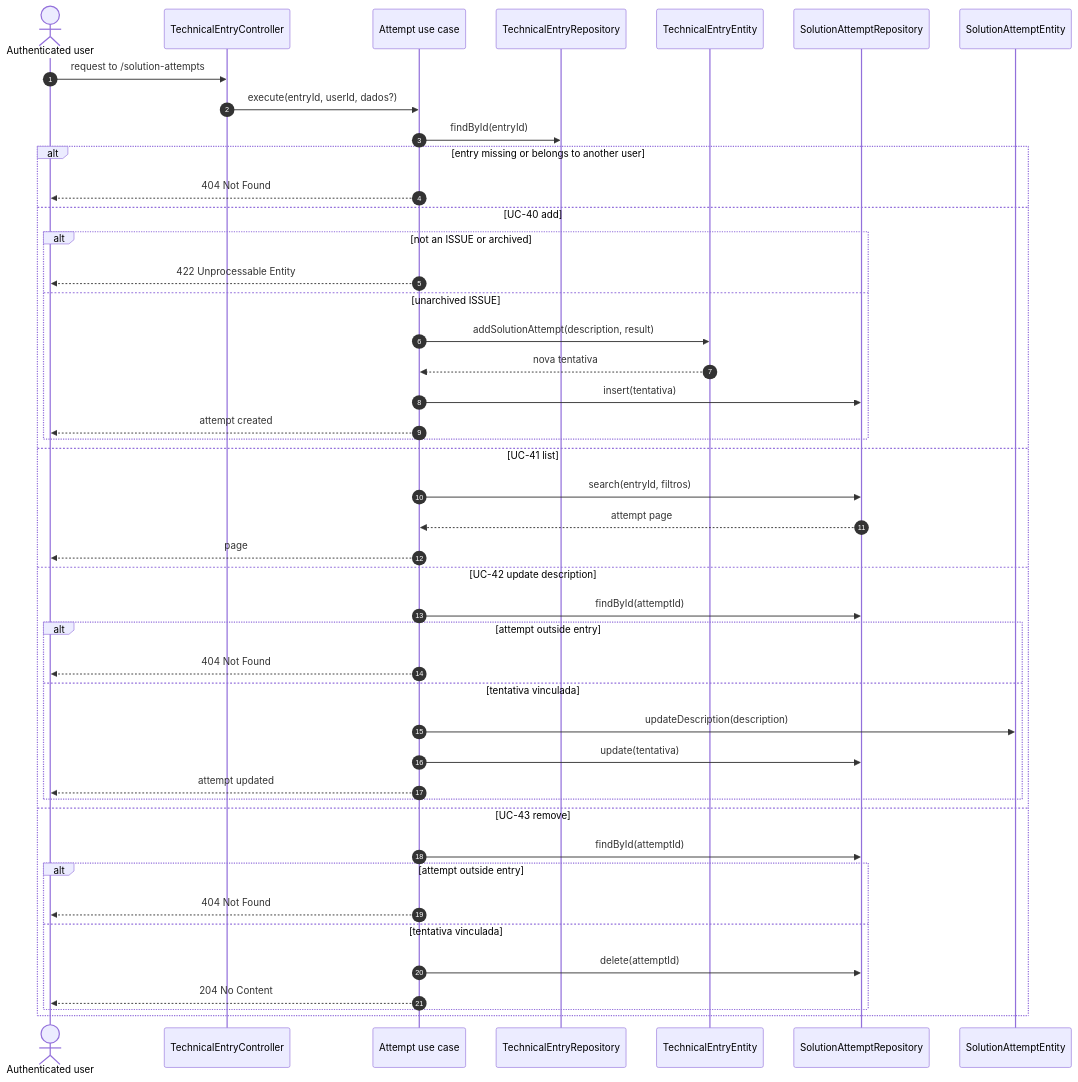
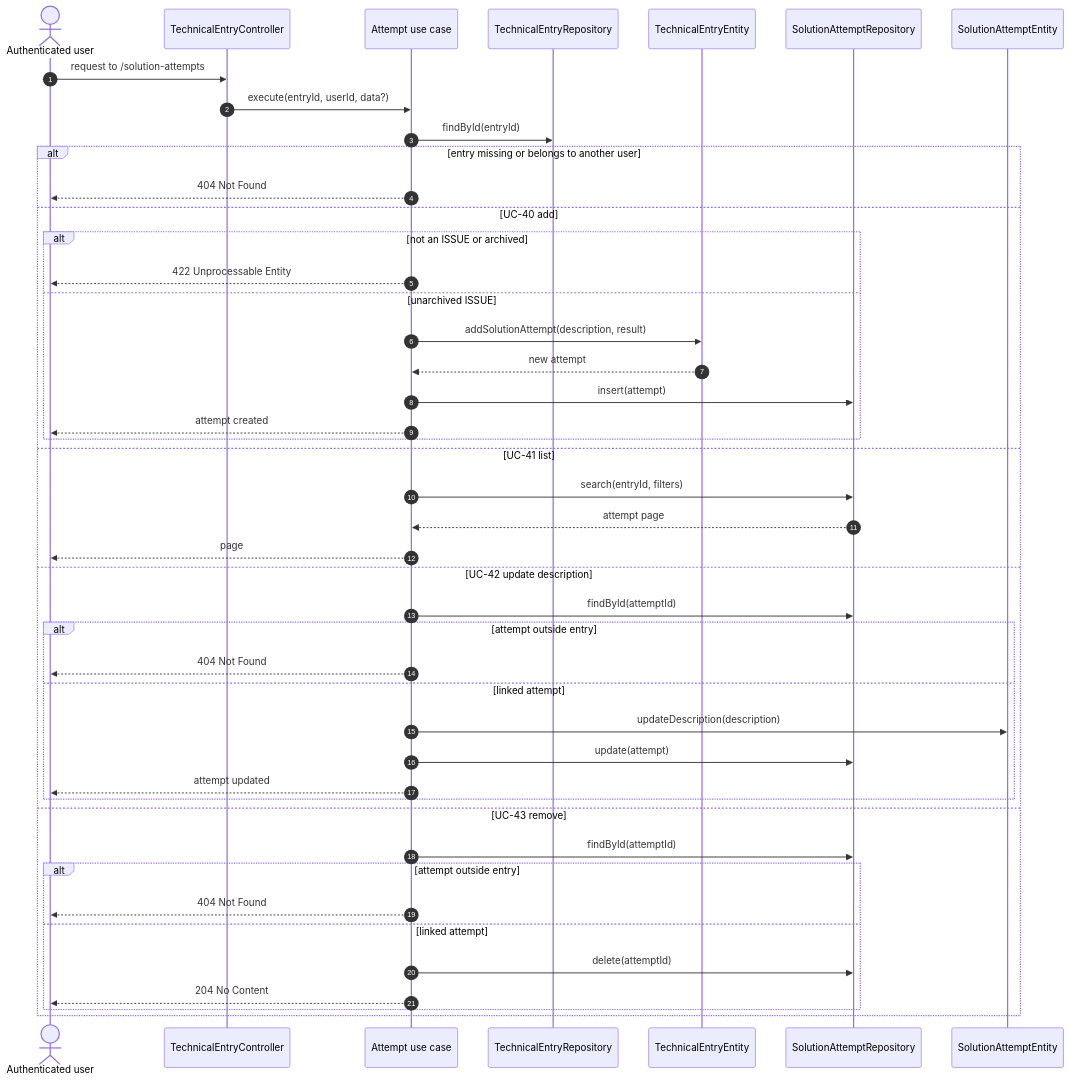
One commit to Lucalopezz/DevLog changed the sixth of 6 diagrams in docs/diagrams/sequences/technical-entries.md. Above: the diagram before and after it, drawn with Mermaid. The commit also changed other lines of this file and 68 other files, not shown here.

````diff
--- a/docs/diagrams/sequences/technical-entries.md
+++ b/docs/diagrams/sequences/technical-entries.md
@@ -195,48 +195,48 @@
 ```mermaid
 sequenceDiagram
     autonumber
     actor UserActor as Authenticated user
     participant C as TechnicalEntryController
     participant UC as Attempt use case
     participant ERepo as TechnicalEntryRepository
     participant Entry as TechnicalEntryEntity
     participant ARepo as SolutionAttemptRepository
     participant Attempt as SolutionAttemptEntity
 
     UserActor->>C: request to /solution-attempts
-    C->>UC: execute(entryId, userId, dados?)
+    C->>UC: execute(entryId, userId, data?)
     UC->>ERepo: findById(entryId)
     alt entry missing or belongs to another user
         UC-->>UserActor: 404 Not Found
     else UC-40 add
         alt not an ISSUE or archived
             UC-->>UserActor: 422 Unprocessable Entity
         else unarchived ISSUE
             UC->>Entry: addSolutionAttempt(description, result)
-            Entry-->>UC: nova tentativa
-            UC->>ARepo: insert(tentativa)
+            Entry-->>UC: new attempt
+            UC->>ARepo: insert(attempt)
             UC-->>UserActor: attempt created
         end
     else UC-41 list
-        UC->>ARepo: search(entryId, filtros)
+        UC->>ARepo: search(entryId, filters)
         ARepo-->>UC: attempt page
         UC-->>UserActor: page
     else UC-42 update description
         UC->>ARepo: findById(attemptId)
         alt attempt outside entry
             UC-->>UserActor: 404 Not Found
-        else tentativa vinculada
+        else linked attempt
             UC->>Attempt: updateDescription(description)
-            UC->>ARepo: update(tentativa)
+            UC->>ARepo: update(attempt)
             UC-->>UserActor: attempt updated
         end
     else UC-43 remove
         UC->>ARepo: findById(attemptId)
         alt attempt outside entry
             UC-->>UserActor: 404 Not Found
-        else tentativa vinculada
+        else linked attempt
             UC->>ARepo: delete(attemptId)
             UC-->>UserActor: 204 No Content
         end
     end
 ```
````
